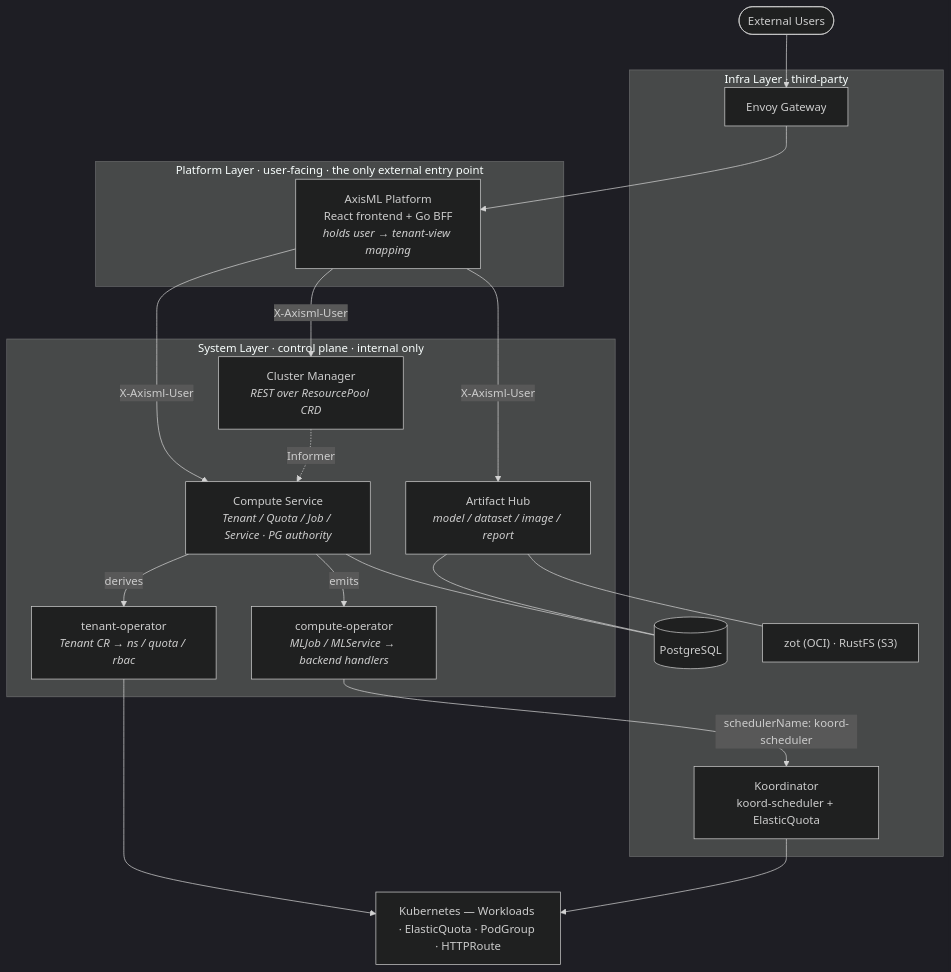
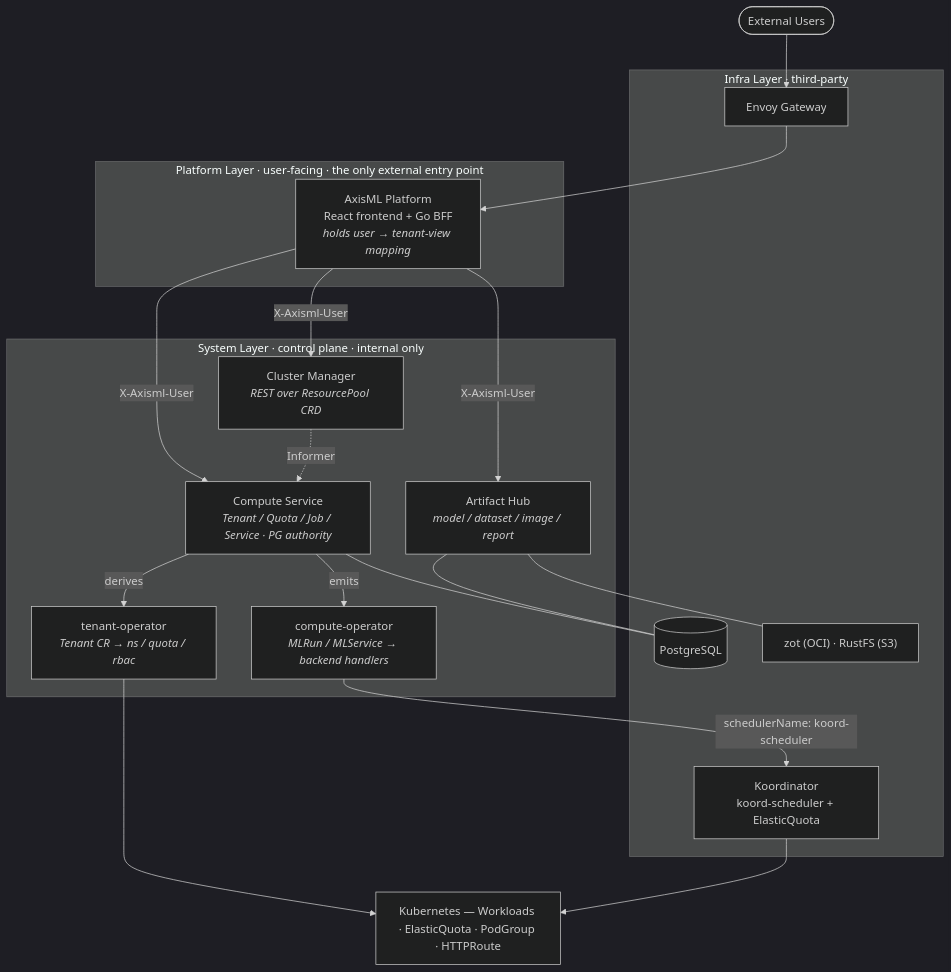
Before and after one commit to AxisML/axisml: the diagram in README.md, drawn with Mermaid (dark theme). The commit also changed other lines of this file and 150 other files, not shown here.

First line of the commit message:
refactor: rename MLJob concept to MLRun across the system

````diff
--- a/README.md
+++ b/README.md
@@ -50,35 +50,35 @@
 ```mermaid
 flowchart TD
     users([External Users])
 
     subgraph Platform["Platform Layer · user-facing · the only external entry point"]
         plat["AxisML Platform<br/>React frontend + Go BFF<br/><i>holds user → tenant-view mapping</i>"]
     end
 
     subgraph System["System Layer · control plane · internal only"]
         cm["Cluster Manager<br/><i>REST over ResourcePool CRD</i>"]
         cs["Compute Service<br/><i>Tenant / Quota / Job / Service · PG authority</i>"]
         ah["Artifact Hub<br/><i>model / dataset / image / report</i>"]
         to["tenant-operator<br/><i>Tenant CR → ns / quota / rbac</i>"]
-        co["compute-operator<br/><i>MLJob / MLService → backend handlers</i>"]
+        co["compute-operator<br/><i>MLRun / MLService → backend handlers</i>"]
     end
 
     subgraph Infra["Infra Layer · third-party"]
         gw["Envoy Gateway"]
         koord["Koordinator<br/>koord-scheduler + ElasticQuota"]
         pg[("PostgreSQL")]
         store["zot (OCI) · RustFS (S3)"]
     end
 
     k8s["Kubernetes — Workloads · ElasticQuota · PodGroup · HTTPRoute"]
 
     users --> gw --> plat
     plat -->|X-Axisml-User| cm & cs & ah
     cs -->|derives| to
     cs -->|emits| co
     cm -.->|Informer| cs
     cs --- pg
     ah --- pg & store
     to --> k8s
     co -->|schedulerName: koord-scheduler| koord --> k8s
 ```
````
